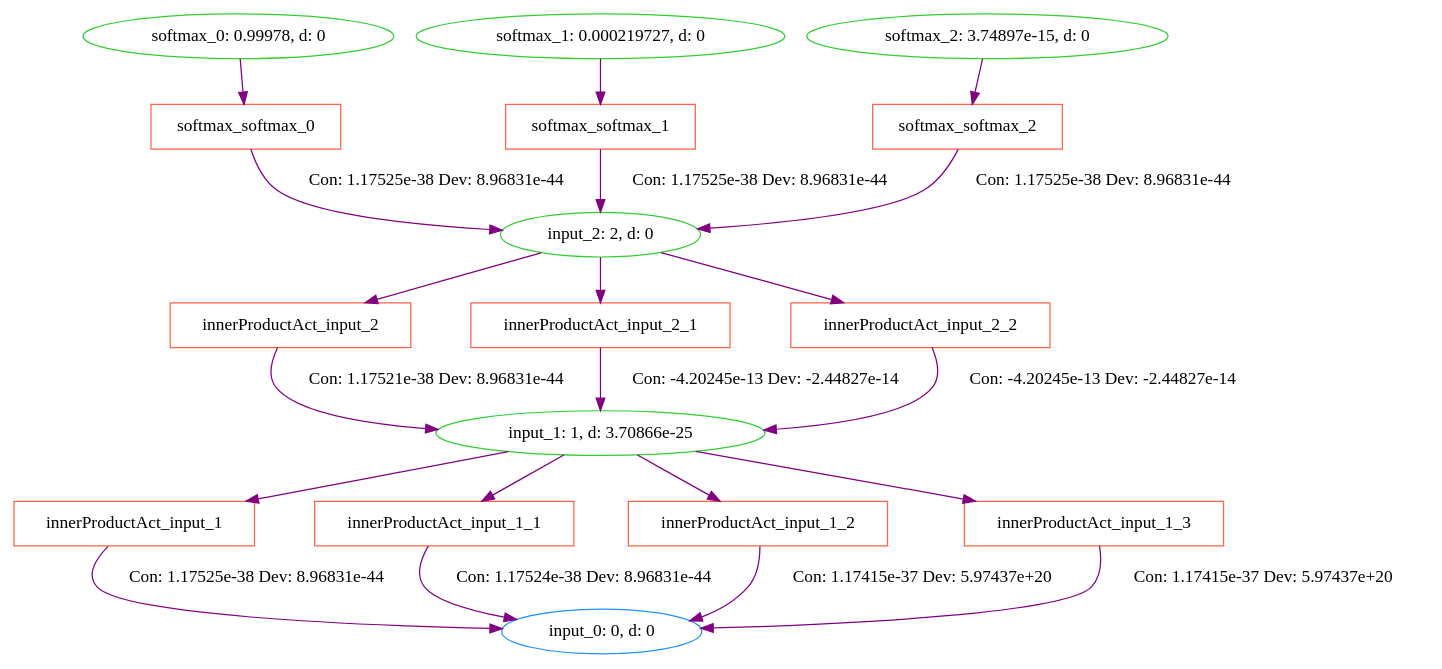
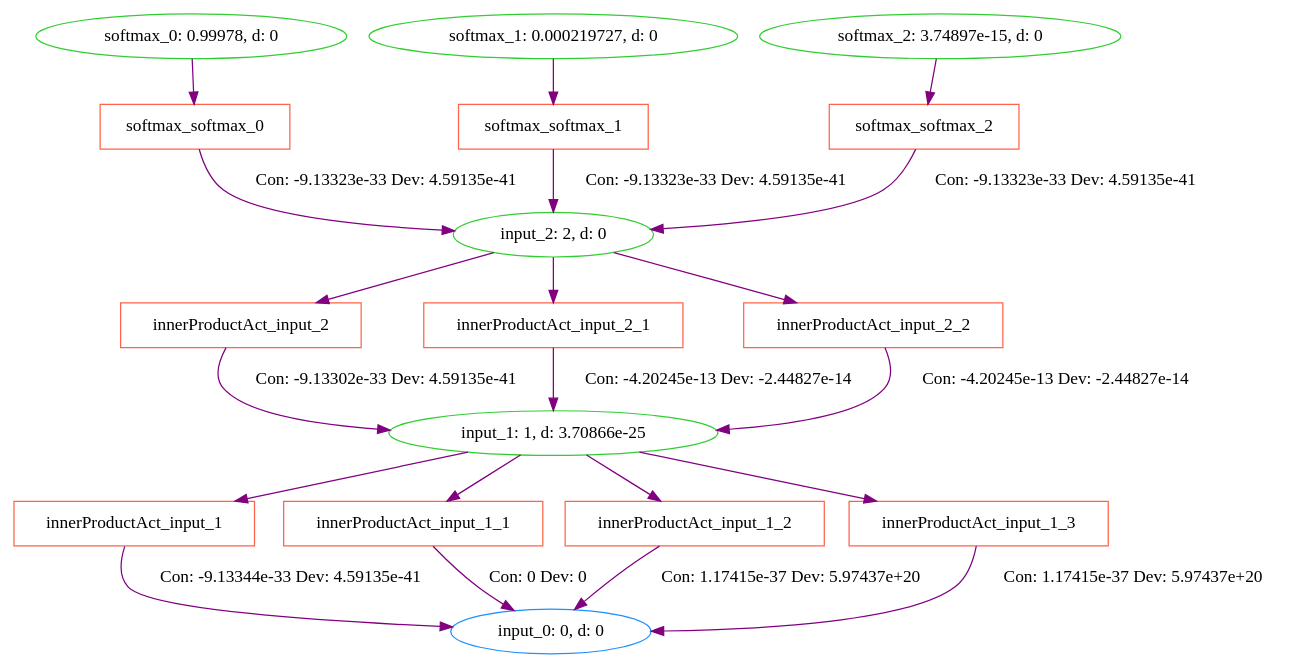
The diagram in data/iris/cprov/test2.dot (milliondegree/PXAI), drawn with Graphviz before and after one commit. The commit also changed 11 other files, not shown here.

```diff
--- a/data/iris/cprov/test2.dot
+++ b/data/iris/cprov/test2.dot
@@ -1,58 +1,58 @@
 digraph G {
 0 [label="input_0: 0, d: 0", shape=oval, color=dodgerblue];
 1 [label="input_1: 1, d: 3.70866e-25", shape=oval, color=limegreen];
 2 [label="innerProductAct_input_1", shape=box, color=tomato];
 3 [label="innerProductAct_input_1_1", shape=box, color=tomato];
 4 [label="innerProductAct_input_1_2", shape=box, color=tomato];
 5 [label="innerProductAct_input_1_3", shape=box, color=tomato];
 6 [label="input_2: 2, d: 0", shape=oval, color=limegreen];
 7 [label="innerProductAct_input_2", shape=box, color=tomato];
 8 [label="innerProductAct_input_2_1", shape=box, color=tomato];
 9 [label="innerProductAct_input_2_2", shape=box, color=tomato];
 10 [label="softmax_0: 0.99978, d: 0", shape=oval, color=limegreen];
 11 [label="softmax_softmax_0", shape=box, color=tomato];
 12 [label="softmax_1: 0.000219727, d: 0", shape=oval, color=limegreen];
 13 [label="softmax_softmax_1", shape=box, color=tomato];
 14 [label="softmax_2: 3.74897e-15, d: 0", shape=oval, color=limegreen];
 15 [label="softmax_softmax_2", shape=box, color=tomato];
 1->2  [color=purple]
  [label=""];
 2->0  [color=purple]
- [label="Con: 1.17525e-38 Dev: 8.96831e-44"];
+ [label="Con: -9.13344e-33 Dev: 4.59135e-41"];
 1->3  [color=purple]
  [label=""];
 3->0  [color=purple]
- [label="Con: 1.17524e-38 Dev: 8.96831e-44"];
+ [label="Con: 0 Dev: 0"];
 1->4  [color=purple]
  [label=""];
 4->0  [color=purple]
  [label="Con: 1.17415e-37 Dev: 5.97437e+20"];
 1->5  [color=purple]
  [label=""];
 5->0  [color=purple]
  [label="Con: 1.17415e-37 Dev: 5.97437e+20"];
 6->7  [color=purple]
  [label=""];
 7->1  [color=purple]
- [label="Con: 1.17521e-38 Dev: 8.96831e-44"];
+ [label="Con: -9.13302e-33 Dev: 4.59135e-41"];
 6->8  [color=purple]
  [label=""];
 8->1  [color=purple]
  [label="Con: -4.20245e-13 Dev: -2.44827e-14"];
 6->9  [color=purple]
  [label=""];
 9->1  [color=purple]
  [label="Con: -4.20245e-13 Dev: -2.44827e-14"];
 10->11  [color=purple]
  [label=""];
 11->6  [color=purple]
- [label="Con: 1.17525e-38 Dev: 8.96831e-44"];
+ [label="Con: -9.13323e-33 Dev: 4.59135e-41"];
 12->13  [color=purple]
  [label=""];
 13->6  [color=purple]
- [label="Con: 1.17525e-38 Dev: 8.96831e-44"];
+ [label="Con: -9.13323e-33 Dev: 4.59135e-41"];
 14->15  [color=purple]
  [label=""];
 15->6  [color=purple]
- [label="Con: 1.17525e-38 Dev: 8.96831e-44"];
+ [label="Con: -9.13323e-33 Dev: 4.59135e-41"];
 }
```
